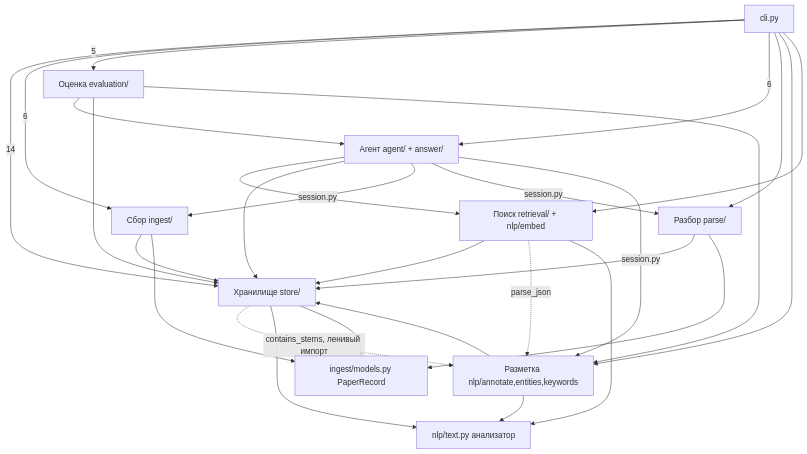
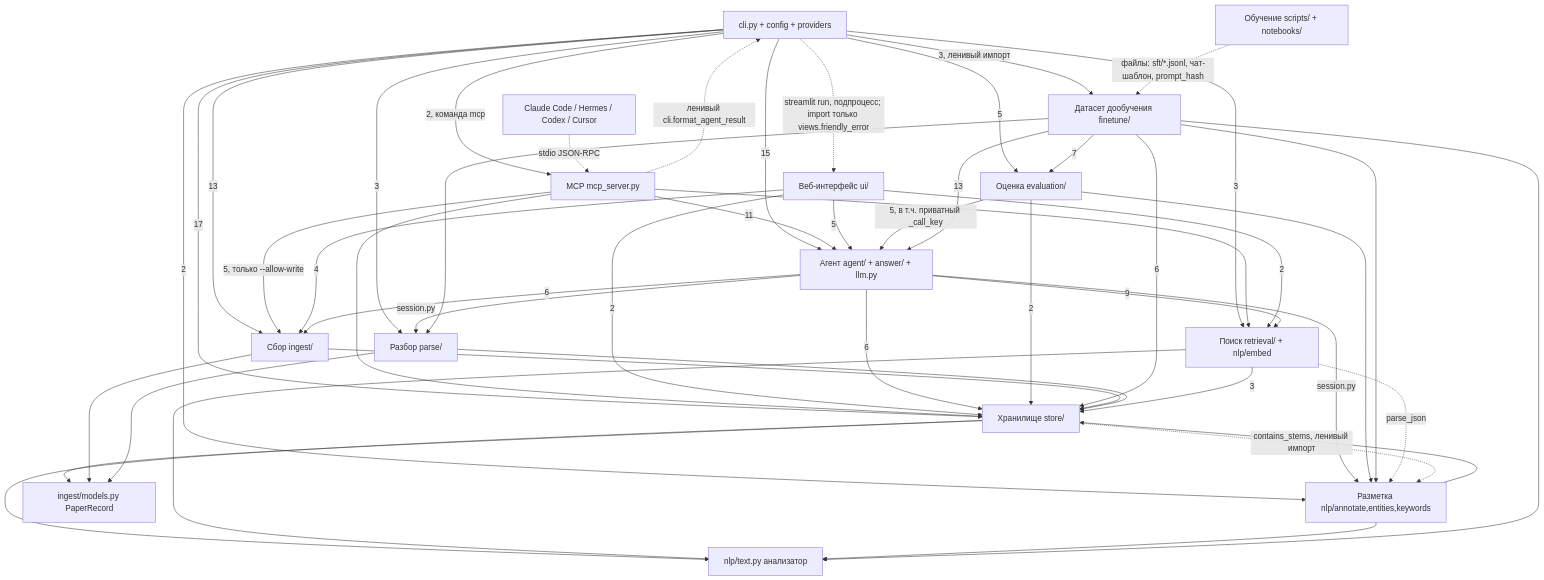
Before and after one commit to InZainer/research-assistant: the first of 4 diagrams in .nexus-map/arch/dependencies.md, drawn with Mermaid. The commit also changed other lines of this file and 100 other files, not shown here.

````diff
--- a/.nexus-map/arch/dependencies.md
+++ b/.nexus-map/arch/dependencies.md
@@ -9,34 +9,58 @@
 ```mermaid
 graph TD
-    CLI["cli.py"] -->|14| STORE["Хранилище store/"]
-    CLI -->|6| INGEST["Сбор ingest/"]
+    CLI["cli.py + config + providers"] -->|17| STORE["Хранилище store/"]
+    CLI -->|15| AGENT["Агент agent/ + answer/ + llm.py"]
+    CLI -->|13| INGEST["Сбор ingest/"]
     CLI -->|5| EVAL["Оценка evaluation/"]
-    CLI -->|6| AGENT["Агент agent/ + answer/"]
-    CLI --> PARSE["Разбор parse/"]
-    CLI --> ANNOT["Разметка nlp/annotate,entities,keywords"]
-    CLI --> RETR["Поиск retrieval/ + nlp/embed"]
+    CLI -->|3| PARSE["Разбор parse/"]
+    CLI -->|3| RETR["Поиск retrieval/ + nlp/embed"]
+    CLI -->|3, ленивый импорт| FT["Датасет дообучения finetune/"]
+    CLI -->|2| ANNOT["Разметка nlp/annotate,entities,keywords"]
+    CLI -->|2, команда mcp| MCP["MCP mcp_server.py"]
+    CLI -.->|streamlit run, подпроцесс; import только views.friendly_error| UI["Веб-интерфейс ui/"]
 
-    AGENT --> RETR
-    AGENT --> STORE
-    AGENT -->|session.py| INGEST
+    EXT["Claude Code / Hermes / Codex / Cursor"] -.->|stdio JSON-RPC| MCP
+    MCP -->|11| AGENT
+    MCP -->|5, только --allow-write| INGEST
+    MCP --> RETR
+    MCP --> STORE
+    MCP -.->|ленивый cli.format_agent_result| CLI
+
+    UI -->|5| AGENT
+    UI -->|4| INGEST
+    UI -->|2| RETR
+    UI -->|2| STORE
+
+    AGENT -->|9| RETR
+    AGENT -->|6| STORE
+    AGENT -->|6| INGEST
     AGENT -->|session.py| PARSE
     AGENT -->|session.py| ANNOT
 
-    EVAL --> AGENT
-    EVAL --> STORE
+    EVAL -->|5, в т.ч. приватный _call_key| AGENT
+    EVAL -->|2| STORE
     EVAL --> ANNOT
+
+    FT -->|13| AGENT
+    FT -->|7| EVAL
+    FT -->|6| STORE
+    FT --> ANNOT
+    FT --> PARSE
+
+    BUNDLE["Обучение scripts/ + notebooks/"] -.->|файлы: sft/*.jsonl, чат-шаблон, prompt_hash| FT
 
     INGEST --> STORE
     PARSE --> STORE
     ANNOT --> STORE
-    RETR --> STORE
+    RETR -->|3| STORE
     RETR -.->|parse_json| ANNOT
     STORE -.->|contains_stems, ленивый импорт| ANNOT
 
     STORE --> TEXT["nlp/text.py анализатор"]
     RETR --> TEXT
     ANNOT --> TEXT
+    FT --> TEXT
     STORE --> MODELS["ingest/models.py PaperRecord"]
     INGEST --> MODELS
     PARSE --> MODELS
 ```
````
